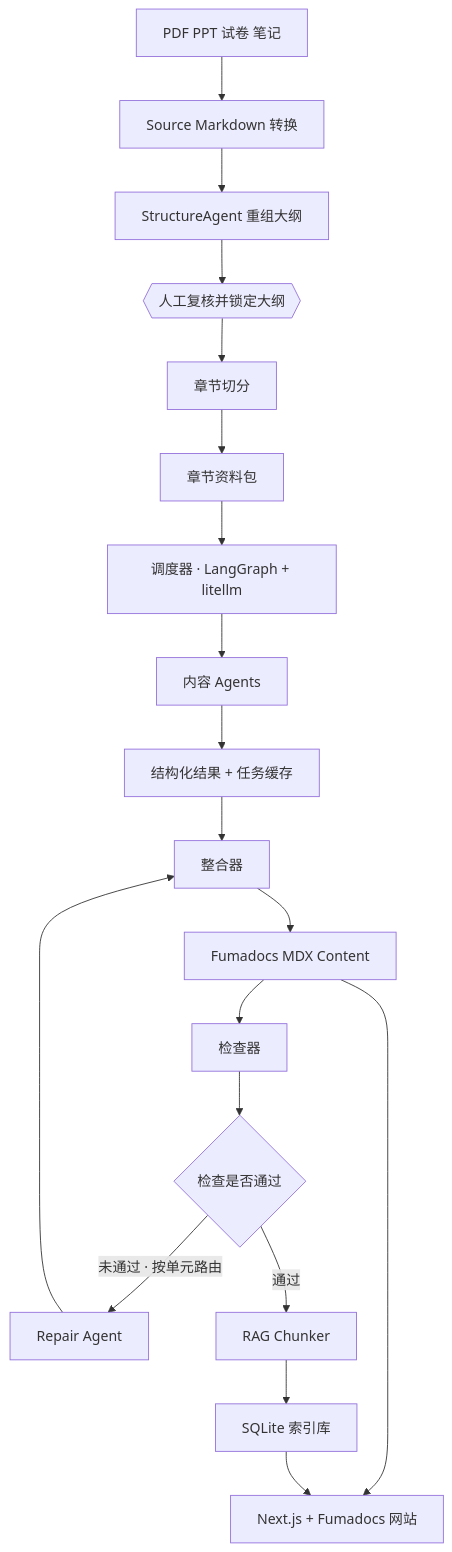
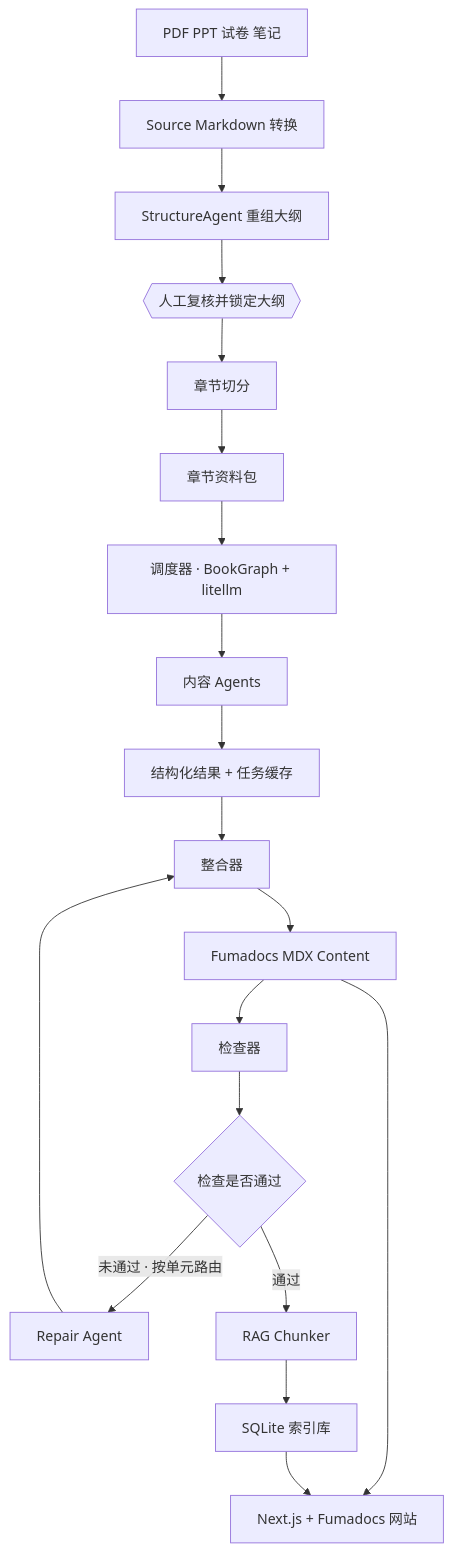
The first of 5 diagrams in design.md (pppwaw/bookwiki), drawn with Mermaid before and after one commit. The commit also changed other lines of this file and 9 other files, not shown here.

````diff
--- a/design.md
+++ b/design.md
@@ -52,21 +52,21 @@
 ```mermaid
 flowchart TD
     A[PDF PPT 试卷 笔记] --> B[Source Markdown 转换]
     B --> C[StructureAgent 重组大纲]
     C --> GATE{{人工复核并锁定大纲}}
     GATE --> D[章节切分]
     D --> P[章节资料包]
-    P --> SCHED[调度器 · LangGraph + litellm]
+    P --> SCHED[调度器 · BookGraph + litellm]
     SCHED --> E[内容 Agents]
     E --> F[结构化结果 + 任务缓存]
     F --> G[整合器]
     G --> H[Fumadocs MDX Content]
     H --> I[检查器]
     I --> J{检查是否通过}
     J -->|未通过 · 按单元路由| K[Repair Agent]
     K --> G
     J -->|通过| L[RAG Chunker]
     L --> M[SQLite 索引库]
     H --> N[Next.js + Fumadocs 网站]
     M --> N
 ```
````
